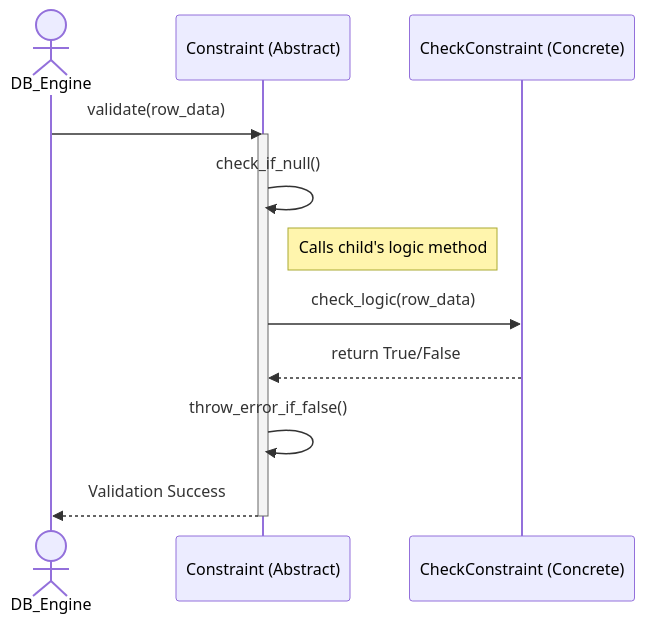
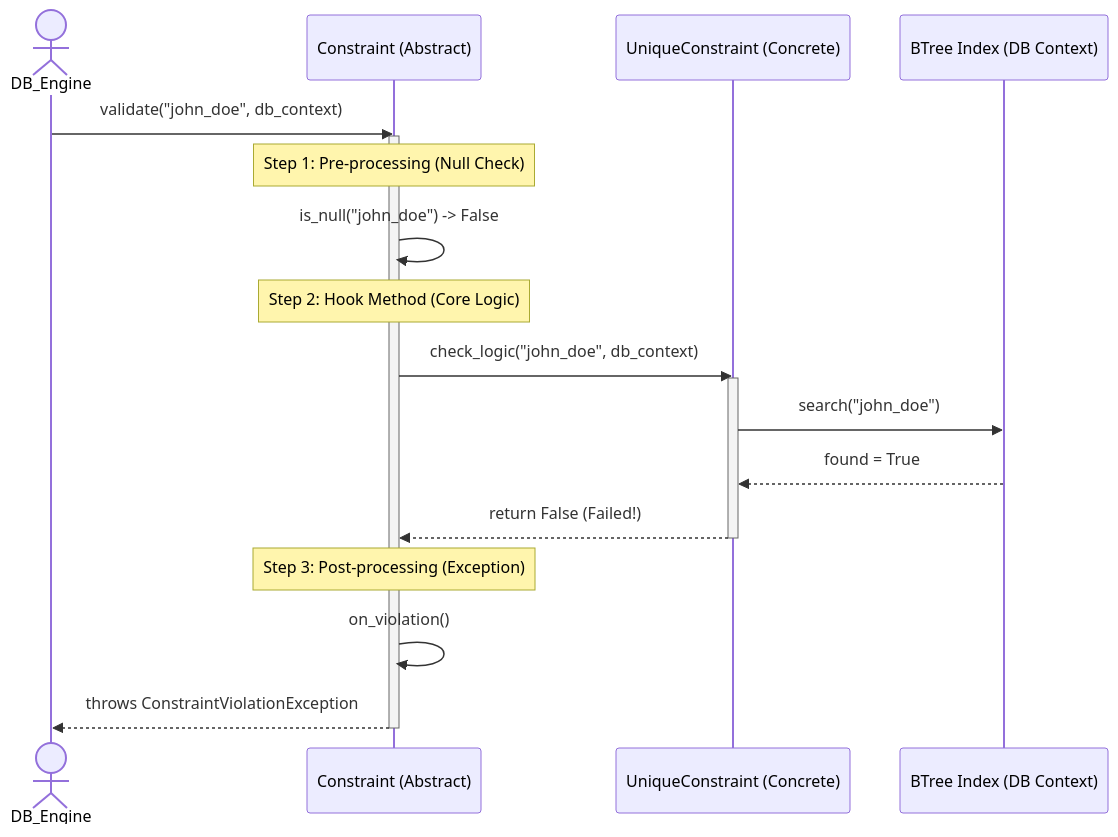
One commit to TamBui1706/DBMS changed the fifth of 21 diagrams in README.md. Above: the diagram before and after it, drawn with Mermaid. The commit also changed other lines of this file, not shown here.

Commit message:
Update README with composite and template method

````diff
--- a/README.md
+++ b/README.md
@@ -318,18 +382,26 @@
 ```mermaid
 sequenceDiagram
     actor DB_Engine
     participant Base as Constraint (Abstract)
-    participant Child as CheckConstraint (Concrete)
+    participant Child as UniqueConstraint (Concrete)
+    participant Index as BTree Index (DB Context)
 
-    DB_Engine->>Base: validate(row_data)
+    DB_Engine->>Base: validate("john_doe", db_context)
     activate Base
-    Base->>Base: check_if_null()
     
-    Note right of Base: Calls child's logic method
-    Base->>Child: check_logic(row_data)
-    Child-->>Base: return True/False
+    Note over Base: Step 1: Pre-processing (Null Check)
+    Base->>Base: is_null("john_doe") -> False
     
-    Base->>Base: throw_error_if_false()
-    Base-->>DB_Engine: Validation Success
+    Note over Base: Step 2: Hook Method (Core Logic)
+    Base->>Child: check_logic("john_doe", db_context)
+    activate Child
+    Child->>Index: search("john_doe")
+    Index-->>Child: found = True
+    Child-->>Base: return False (Failed!)
+    deactivate Child
+    
+    Note over Base: Step 3: Post-processing (Exception)
+    Base->>Base: on_violation()
+    Base-->>DB_Engine: throws ConstraintViolationException
     deactivate Base
 ```
````
